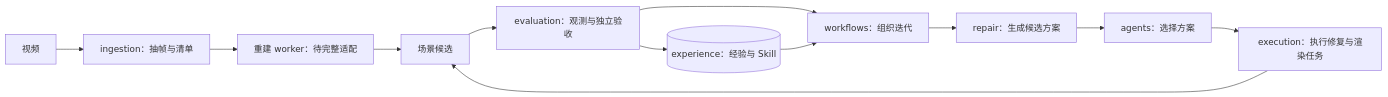
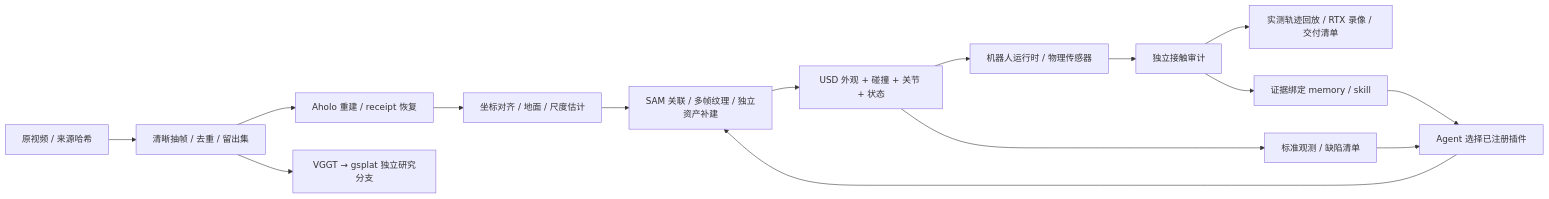
The diagram in README.md (miracle-techlink/aholo-powergrid-simready), drawn with Mermaid before and after one commit. The commit also changed other lines of this file and 116 other files, not shown here.

````diff
--- a/README.md
+++ b/README.md
@@ -21,14 +24,17 @@
 ```mermaid
 flowchart LR
-  V[视频] --> IN[ingestion：抽帧与清单]
-  IN --> R[重建 worker：待完整适配]
-  R --> C[场景候选]
-  C --> E[evaluation：观测与独立验收]
-  E --> W[workflows：组织迭代]
-  X[(experience：经验与 Skill)] --> W
-  W --> P[repair：生成候选方案]
-  P --> A[agents：选择方案]
-  A --> T[execution：执行修复与渲染任务]
-  T --> C
-  E --> X
+  V[原视频 / 来源哈希] --> I[清晰抽帧 / 去重 / 留出集]
+  I --> A[Aholo 重建 / receipt 恢复]
+  I --> G[VGGT → gsplat 独立研究分支]
+  A --> C[坐标对齐 / 地面 / 尺度估计]
+  C --> R[SAM 关联 / 多帧纹理 / 独立资产补建]
+  R --> S[USD 外观 + 碰撞 + 关节 + 状态]
+  S --> T[机器人运行时 / 物理传感器]
+  T --> E[独立接触审计]
+  E --> F[实测轨迹回放 / RTX 录像 / 交付清单]
+  S --> O[标准观测 / 缺陷清单]
+  O --> P[Agent 选择已注册插件]
+  P --> R
+  E --> M[证据绑定 memory / skill]
+  M --> P
 ```
````
